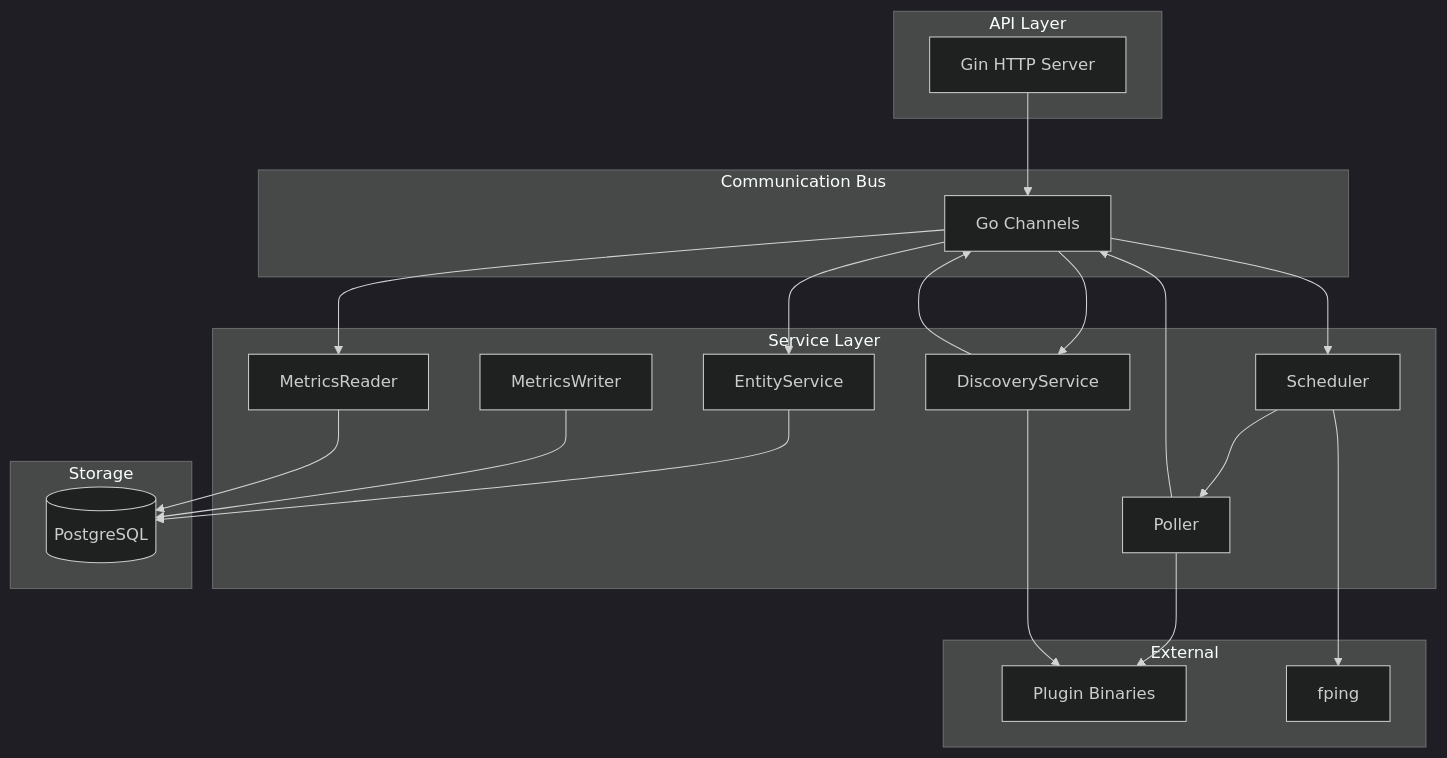
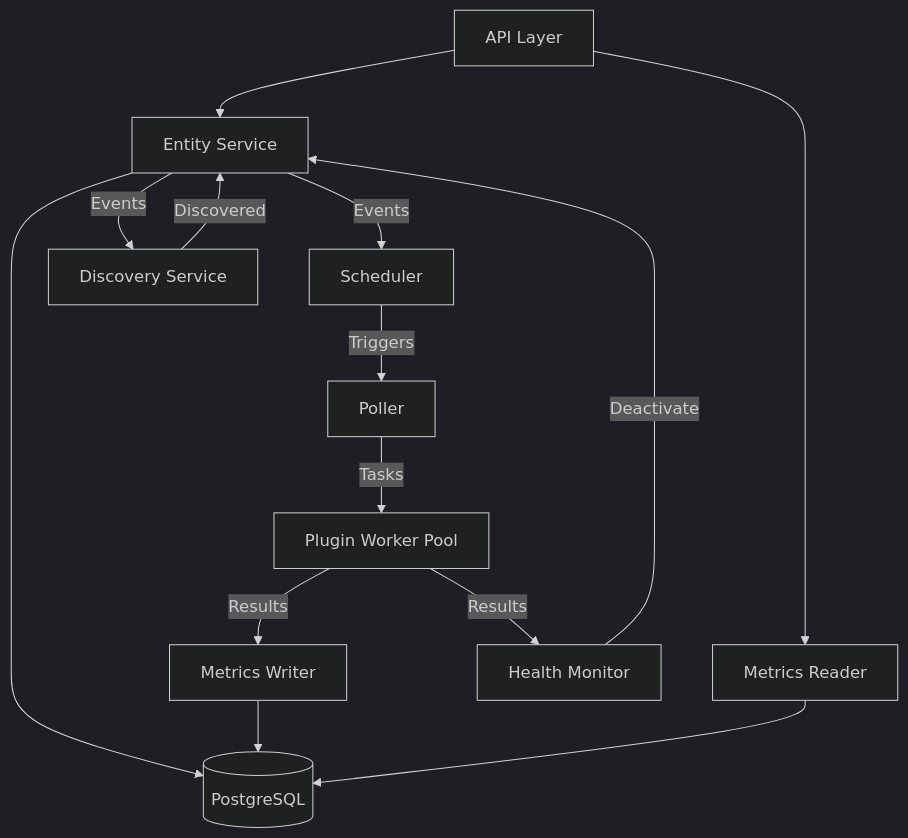
One commit to PremModhaOfficial/nms changed the diagram in ARCHITECTURE.md. Above: the diagram before and after it, drawn with Mermaid (dark theme). The commit also changed other lines of this file and 20 other files, not shown here.

````diff
--- a/ARCHITECTURE.md
+++ b/ARCHITECTURE.md
@@ -21,46 +11,20 @@
 ```mermaid
-graph TB
-    subgraph "API Layer"
-        API[Gin HTTP Server]
-    end
-
-    subgraph "Communication Bus"
-        CH[Go Channels]
-    end
-
-    subgraph "Service Layer"
-        SCH[Scheduler]
-        POL[Poller]
-        DISC[DiscoveryService]
-        ES[EntityService]
-        MW[MetricsWriter]
-        MR[MetricsReader]
-    end
-
-    subgraph "Storage"
-        PG[(PostgreSQL)]
-    end
-
-    subgraph "External"
-        PLUGINS[Plugin Binaries]
-        FPING[fping]
-    end
-
-    API --> CH
-    CH --> SCH
-    CH --> DISC
-    CH --> ES
-    CH --> MR
-
-    SCH --> POL
-    POL --> CH
-    DISC --> CH
-
-    POL --> PLUGINS
-    DISC --> PLUGINS
-    SCH --> FPING
-
-    ES --> PG
-    MW --> PG
-    MR --> PG
+graph TD
+    API[API Layer] --> ES[Entity Service]
+    API --> MR[Metrics Reader]
+    
+    ES --> DB[(PostgreSQL)]
+    ES -- Events --> S[Scheduler]
+    ES -- Events --> DS[Discovery Service]
+    
+    S -- Triggers --> P[Poller]
+    P -- Tasks --> PW[Plugin Worker Pool]
+    PW -- Results --> MW[Metrics Writer]
+    PW -- Results --> HM[Health Monitor]
+    
+    MW --> DB
+    MR --> DB
+    HM -- Deactivate --> ES
+    
+    DS -- Discovered --> ES
 ```
````
